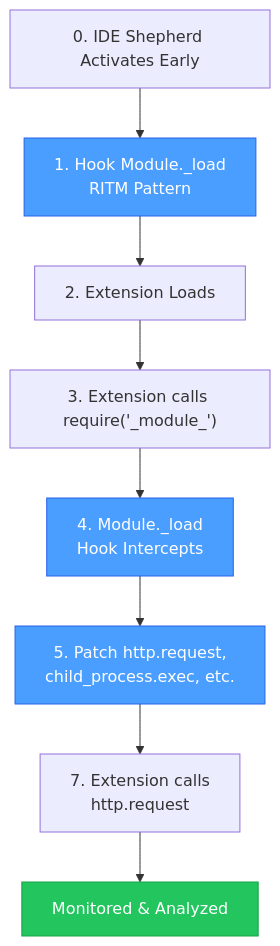
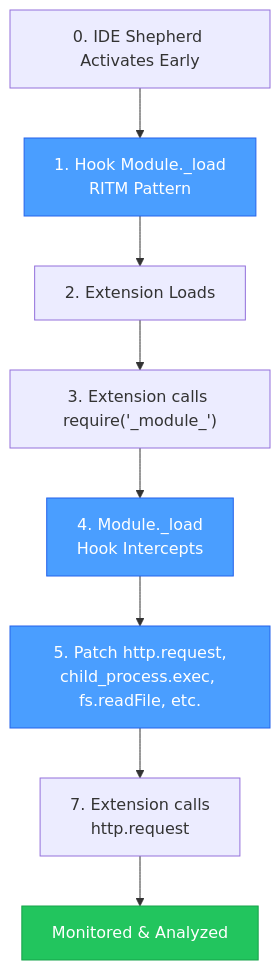
One commit to DataDog/IDE-SHEPHERD-extension changed the diagram in README.md. Above: the diagram before and after it, drawn with Mermaid. The commit also changed other lines of this file and 4 other files, not shown here.

````diff
--- a/README.md
+++ b/README.md
@@ -136,15 +26,15 @@
 ```mermaid
 flowchart TD
     A[0. IDE Shepherd Activates Early] --> B[1. Hook Module._load<br/>RITM Pattern]
     B --> C[2. Extension Loads]
     C --> D[3. Extension calls require#40;'_module_'#41;]
     D --> E[4. Module._load<br/>Hook Intercepts]
-    E --> F[5. Patch http.request,<br/>child_process.exec, etc.]
+    E --> F[5. Patch http.request,<br/>child_process.exec, fs.readFile, etc.]
     F --> G[7. Extension calls<br/>http.request]
     G --> H[ Monitored & Analyzed]
 
     style B fill:#4a9eff,stroke:#2563eb,color:#fff
     style E fill:#4a9eff,stroke:#2563eb,color:#fff
     style F fill:#4a9eff,stroke:#2563eb,color:#fff
     style H fill:#22c55e,stroke:#16a34a,color:#fff
 ```
````
